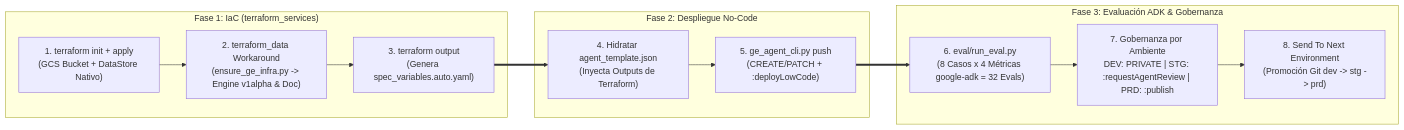
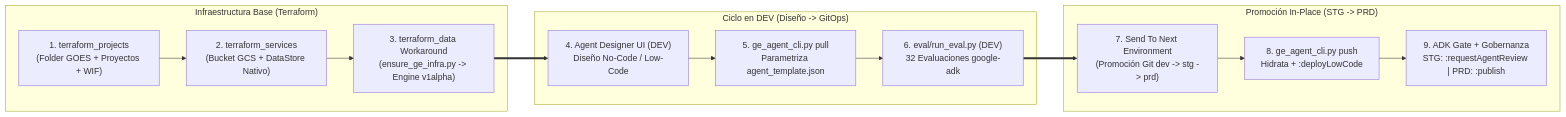
Before and after one commit to danielardzmtz01/ge-nocode-agents-cb-dev: the diagram in README.md, drawn with Mermaid. The commit also changed other lines of this file and 4 other files, not shown here.

Commit message:
docs(goes): enhance README, architecture guide, and add step-by-step GOES replication runbook [skip ci]

````diff
--- a/README.md
+++ b/README.md
@@ -31,25 +39,26 @@
 ```mermaid
 flowchart LR
-    subgraph P1["Fase 1: IaC (terraform_services)"]
-        T1["1. terraform init + apply\n(GCS Bucket + DataStore Nativo)"]
-        T2["2. terraform_data Workaround\n(ensure_ge_infra.py -> Engine v1alpha & Doc)"]
-        T3["3. terraform output\n(Genera spec_variables.auto.yaml)"]
+    subgraph IaC["Infraestructura Base (Terraform)"]
+        T1["1. terraform_projects\n(Folder GOES + Proyectos + WIF)"]
+        T2["2. terraform_services\n(Bucket GCS + DataStore Nativo)"]
+        T3["3. terraform_data Workaround\n(ensure_ge_infra.py -> Engine v1alpha)"]
         T1 --> T2 --> T3
     end
 
-    subgraph P2["Fase 2: Despliegue No-Code"]
-        N1["4. Hidratar agent_template.json\n(Inyecta Outputs de Terraform)"]
-        N2["5. ge_agent_cli.py push\n(CREATE/PATCH + :deployLowCode)"]
-        N1 --> N2
+    subgraph Dev["Ciclo en DEV (Diseño -> GitOps)"]
+        D1["4. Agent Designer UI (DEV)\nDiseño No-Code / Low-Code"]
+        D2["5. ge_agent_cli.py pull\nParametriza agent_template.json"]
+        D3["6. eval/run_eval.py (DEV)\n32 Evaluaciones google-adk"]
+        D1 --> D2 --> D3
     end
 
-    subgraph P3["Fase 3: Evaluación ADK & Gobernanza"]
-        E1["6. eval/run_eval.py\n(8 Casos x 4 Métricas google-adk = 32 Evals)"]
-        E2["7. Gobernanza por Ambiente\nDEV: PRIVATE | STG: :requestAgentReview | PRD: :publish"]
-        E3["8. Send To Next Environment\n(Promoción Git dev -> stg -> prd)"]
-        E1 --> E2 --> E3
+    subgraph StgPrd["Promoción In-Place (STG -> PRD)"]
+        P1["7. Send To Next Environment\n(Promoción Git dev -> stg -> prd)"]
+        P2["8. ge_agent_cli.py push\nHidrata + :deployLowCode"]
+        P3["9. ADK Gate + Gobernanza\nSTG: :requestAgentReview | PRD: :publish"]
+        P1 --> P2 --> P3
     end
 
-    T3 ==> N1
-    N2 ==> E1
+    T3 ==> D1
+    D3 ==> P1
 ```
````
